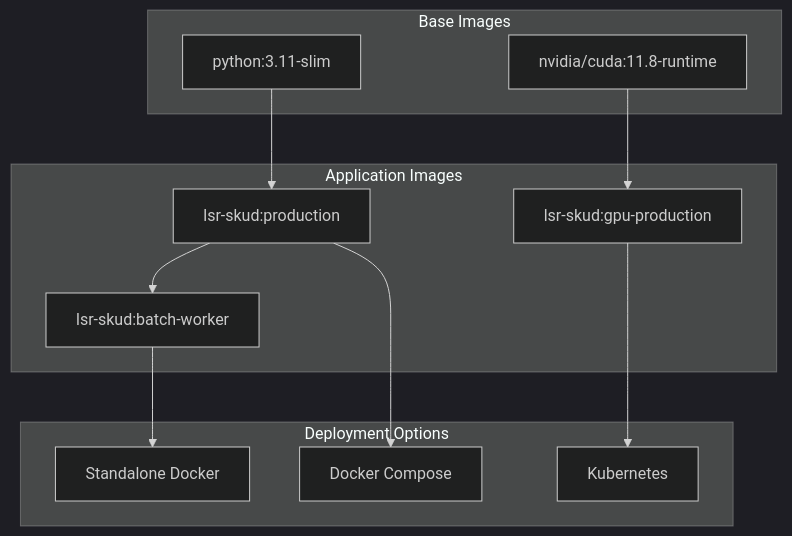
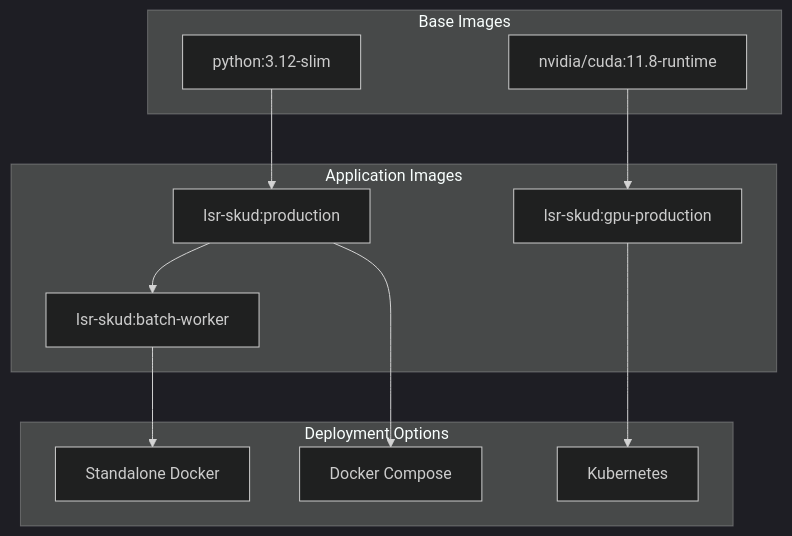
The eighth of 10 diagrams in docs/architecture.md (andreysafar/LSR_SKUD), drawn with Mermaid (dark theme) before and after one commit. The commit also changed 17 other files, not shown here.

````diff
--- a/docs/architecture.md
+++ b/docs/architecture.md
@@ -398,26 +398,26 @@
 ```mermaid
 graph TB
     subgraph "Base Images"
-        A[python:3.11-slim]
+        A[python:3.12-slim]
         B[nvidia/cuda:11.8-runtime]
     end
     
     subgraph "Application Images"
         C[lsr-skud:production]
         D[lsr-skud:gpu-production]
         E[lsr-skud:batch-worker]
     end
     
     subgraph "Deployment Options"
         F[Docker Compose]
         G[Kubernetes]
         H[Standalone Docker]
     end
     
     A --> C
     B --> D
     C --> E
     C --> F
     D --> G
     E --> H
 ```
````
